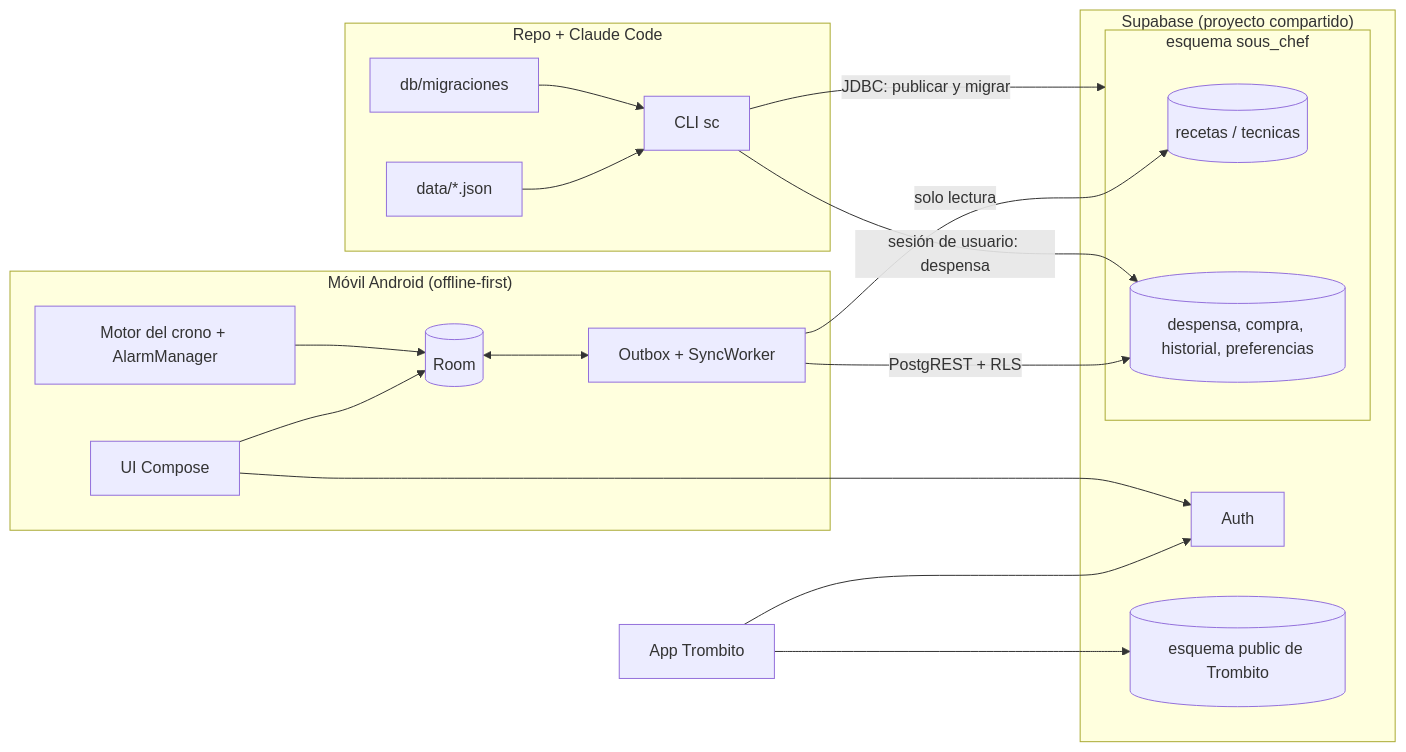
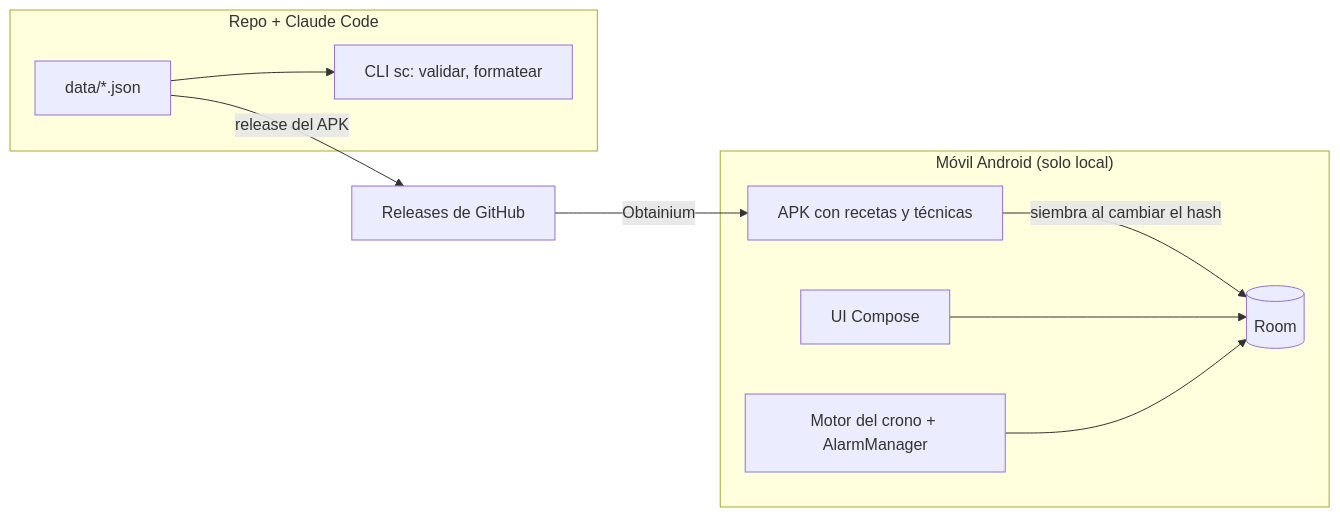
Before and after one commit to trombonet12/Sous-Chef: the first of 2 diagrams in docs/arquitectura.md, drawn with Mermaid. The commit also changed other lines of this file and 62 other files, not shown here.

First line of the commit message:
chore: drop Supabase, sync and WorkManager docs; app is local-only (ADR-0007)

````diff
--- a/docs/arquitectura.md
+++ b/docs/arquitectura.md
@@ -20,27 +18,13 @@
 ```mermaid
 flowchart LR
-  subgraph Movil["Móvil Android (offline-first)"]
-    UI[UI Compose] --> Room[(Room)]
-    Room <--> Sync[Outbox + SyncWorker]
+  subgraph Repo["Repo + Claude Code"]
+    Data[data/*.json] --> CLI["CLI sc: validar, formatear"]
+  end
+  Data -->|release del APK| Rel[Releases de GitHub]
+  Rel -->|Obtainium| APK
+  subgraph Movil["Móvil Android (solo local)"]
+    APK[APK con recetas y técnicas] -->|siembra al cambiar el hash| Room[(Room)]
+    UI[UI Compose] --> Room
     Crono[Motor del crono + AlarmManager] --> Room
   end
-  subgraph Supabase["Supabase (proyecto compartido)"]
-    Auth[Auth]
-    subgraph SC["esquema sous_chef"]
-      Rec[(recetas / tecnicas)]
-      Usr[(despensa, compra, historial, preferencias)]
-    end
-    Troms[(esquema public de Trombito)]
-  end
-  subgraph Repo["Repo + Claude Code"]
-    Data[data/*.json] --> CLI["CLI sc"]
-    Mig[db/migraciones] --> CLI
-  end
-  Trombito[App Trombito] --> Auth
-  Trombito --> Troms
-  Sync -->|PostgREST + RLS| Usr
-  Sync -->|solo lectura| Rec
-  CLI -->|JDBC: publicar y migrar| SC
-  CLI -->|sesión de usuario: despensa| Usr
-  UI --> Auth
 ```
````
